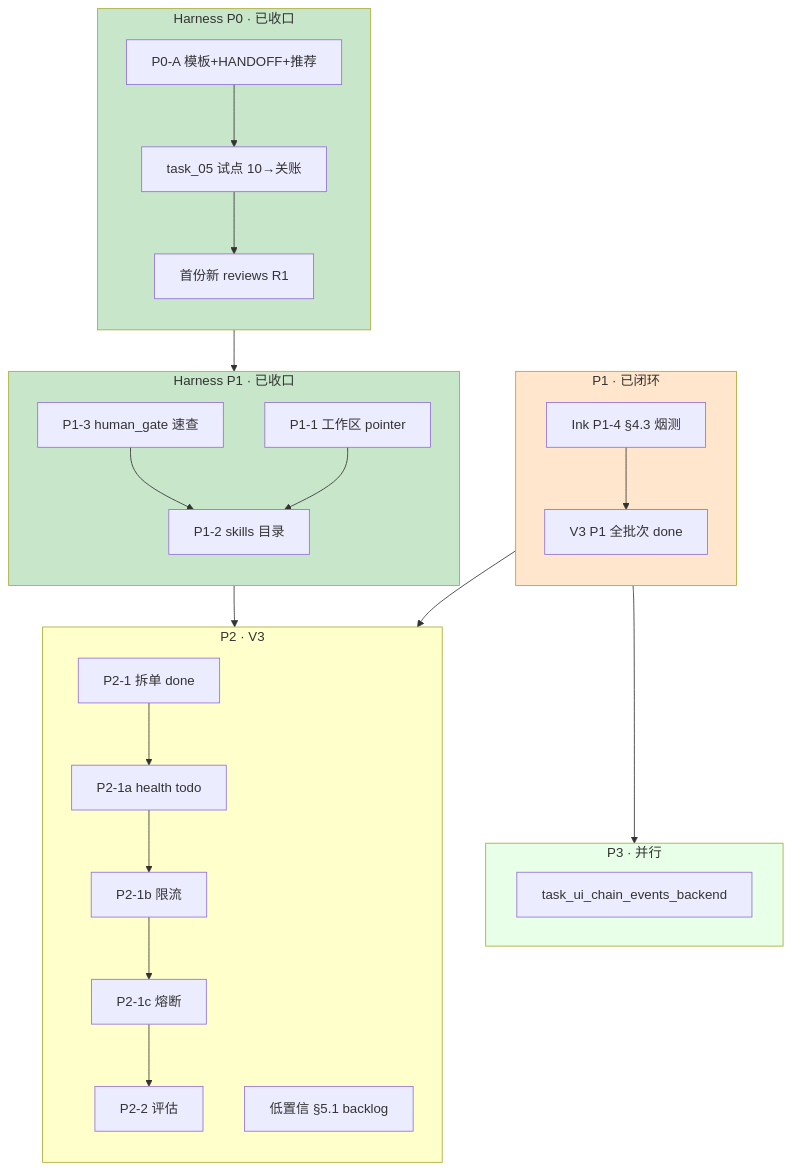
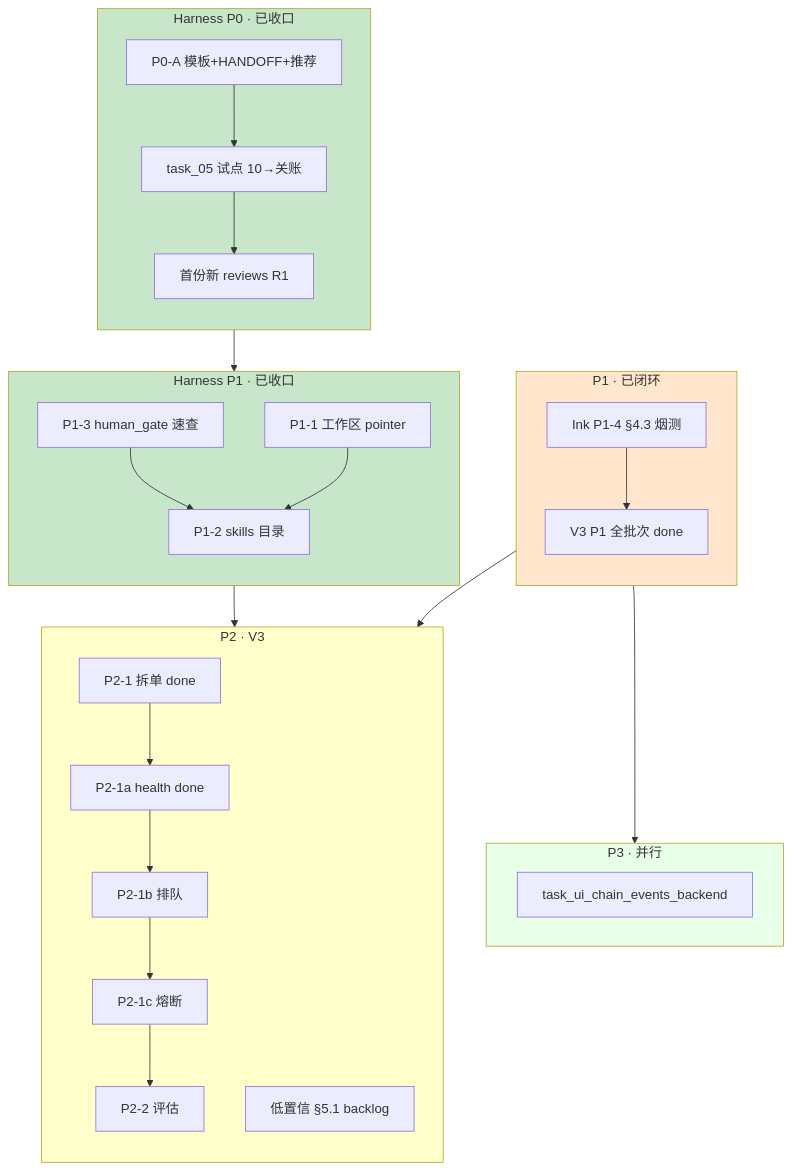
The first of 2 diagrams in docs/tasks/RECENT_TASK_SCHEDULE.md (Cyning12/ai-ink-brain-api-python), drawn with Mermaid before and after one commit. The commit also changed other lines of this file and 7 other files, not shown here.

````diff
--- a/docs/tasks/RECENT_TASK_SCHEDULE.md
+++ b/docs/tasks/RECENT_TASK_SCHEDULE.md
@@ -115,43 +147,43 @@
 ```mermaid
 flowchart TD
     subgraph H0["Harness P0 · 已收口"]
         direction TB
         HA[P0-A 模板+HANDOFF+推荐] --> HB[task_05 试点 10→关账]
         HB --> HR[首份新 reviews R1]
     end
 
     subgraph H1["Harness P1 · 已收口"]
         direction TB
         P13[P1-3 human_gate 速查] --> P12[P1-2 skills 目录]
         P11[P1-1 工作区 pointer] --> P12
     end
 
     subgraph P1["P1 · 已闭环"]
         direction TB
         INK[Ink P1-4 §4.3 烟测] --> P1CLOSE[V3 P1 全批次 done]
     end
 
     subgraph P2["P2 · V3"]
         direction TB
-        P21D[P2-1 拆单 done] --> P21A[P2-1a health todo]
-        P21A --> P21B[P2-1b 限流]
+    P21D[P2-1 拆单 done] --> P21A[P2-1a health done]
+    P21A --> P21B[P2-1b 排队]
         P21B --> P21C[P2-1c 熔断]
         P21C --> P22[P2-2 评估]
         LC5[低置信 §5.1 backlog]
     end
 
     subgraph P3["P3 · 并行"]
         CHAIN[task_ui_chain_events_backend]
     end
 
     H0 --> H1
     H1 --> P2
     P1 --> P2
     P1 --> P3
 
     style H0 fill:#c8e6c9
     style H1 fill:#c8e6c9
     style P1 fill:#ffe6cc
     style P2 fill:#ffffcc
     style P3 fill:#e8ffe8
 ```
````
